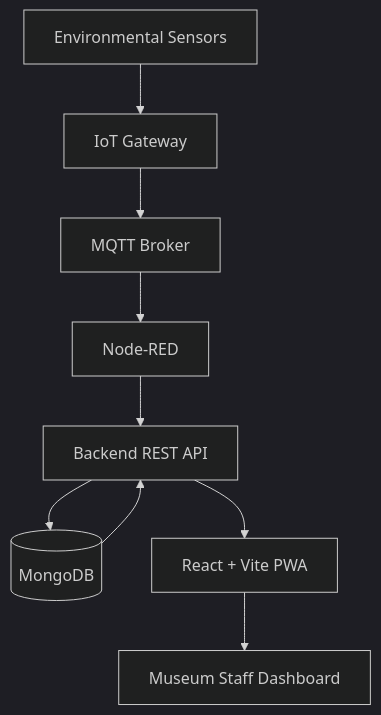
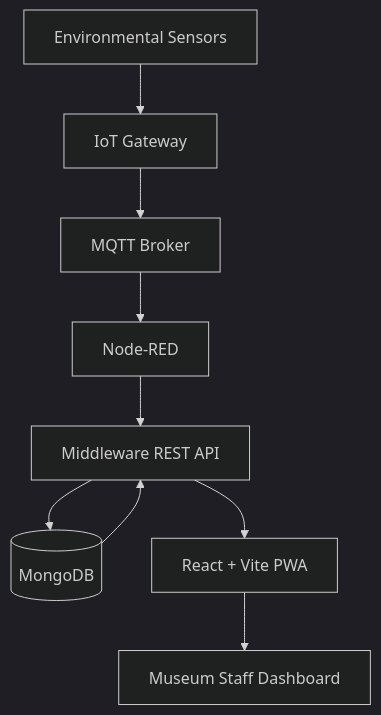
The diagram in README.md (sourourjaouadi/SMART-MUSEUM), drawn with Mermaid (dark theme) before and after one commit. The commit also changed other lines of this file and 150 other files, not shown here.

Commit message:
Middleware: organisation en modules iam, core et api

````diff
--- a/README.md
+++ b/README.md
@@ -37,11 +37,11 @@
 ```mermaid
 flowchart TD
     A["Environmental Sensors"] --> B["IoT Gateway"]
     B --> C["MQTT Broker"]
     C --> D["Node-RED"]
-    D --> E["Backend REST API"]
+    D --> E["Middleware REST API"]
     E --> F[("MongoDB")]
     F --> E
     E --> G["React + Vite PWA"]
     G --> H["Museum Staff Dashboard"]
 ```
````
